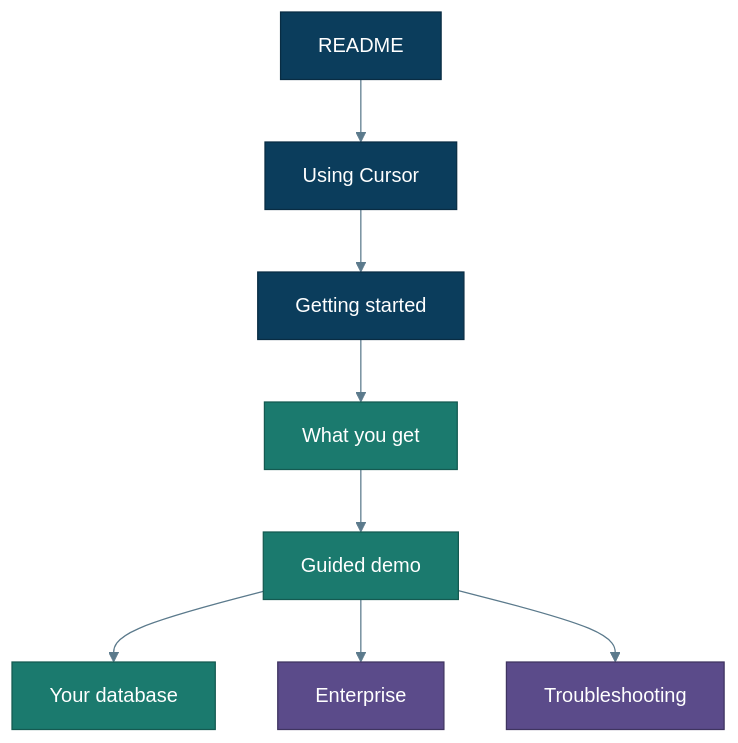
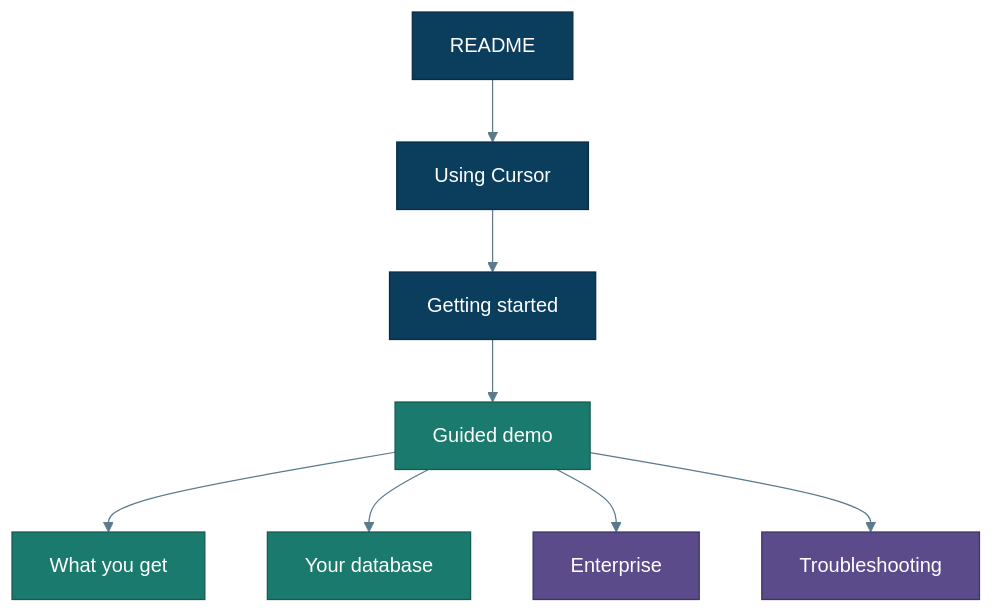
Before and after one commit to Jericho2010/edwmigration: the diagram in docs/README.md, drawn with Mermaid. The commit also changed other lines of this file and 58 other files, not shown here.

````diff
--- a/docs/README.md
+++ b/docs/README.md
@@ -11,17 +11,17 @@
 ```mermaid
 %%{init: {"theme":"base","themeVariables":{"primaryColor":"#E8F1F8","primaryTextColor":"#0B3D5C","primaryBorderColor":"#0B3D5C","lineColor":"#5B7A8C","secondaryColor":"#E6F4F1","tertiaryColor":"#F7F3EA","background":"#FFFFFF","mainBkg":"#E8F1F8","clusterBkg":"#F7FAFC","clusterBorder":"#5B7A8C","titleColor":"#0B3D5C","edgeLabelBackground":"#FFFFFF"}}}%%
 flowchart TD
   R[README] --> CU[Using Cursor]
   CU --> GS[Getting started]
-  GS --> WYG[What you get]
-  WYG --> GD[Guided demo]
+  GS --> GD[Guided demo]
+  GD --> WYG[What you get]
   GD --> YD[Your database]
   GD --> ENT[Enterprise]
   GD --> TB[Troubleshooting]
   classDef user fill:#0B3D5C,stroke:#082C43,color:#fff
   classDef agent fill:#1B7A6E,stroke:#145A51,color:#fff
   classDef ops fill:#5B4B8A,stroke:#3F3460,color:#fff
   class R,CU,GS user
   class WYG,GD,YD agent
   class ENT,TB ops
 ```
````
